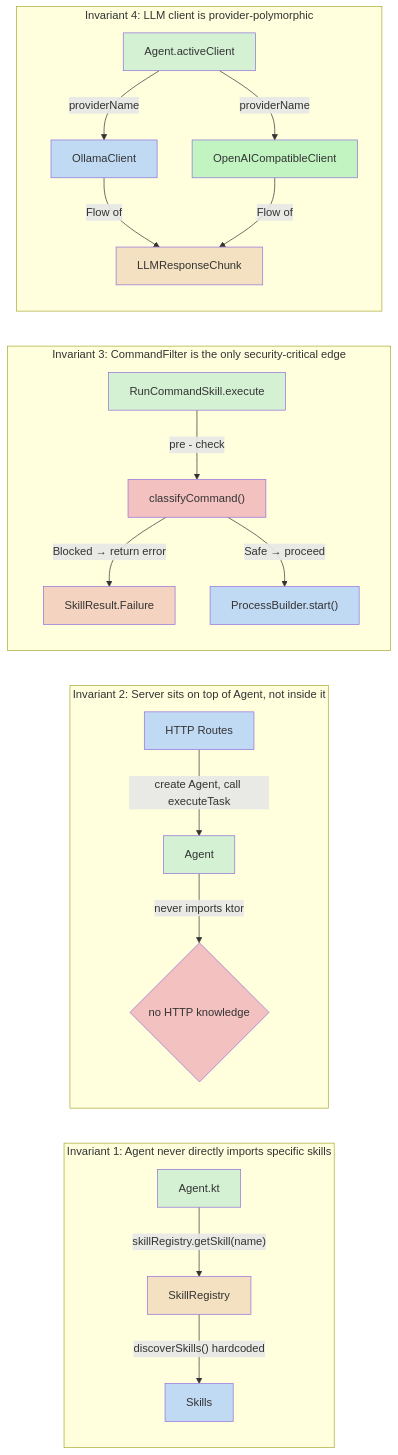
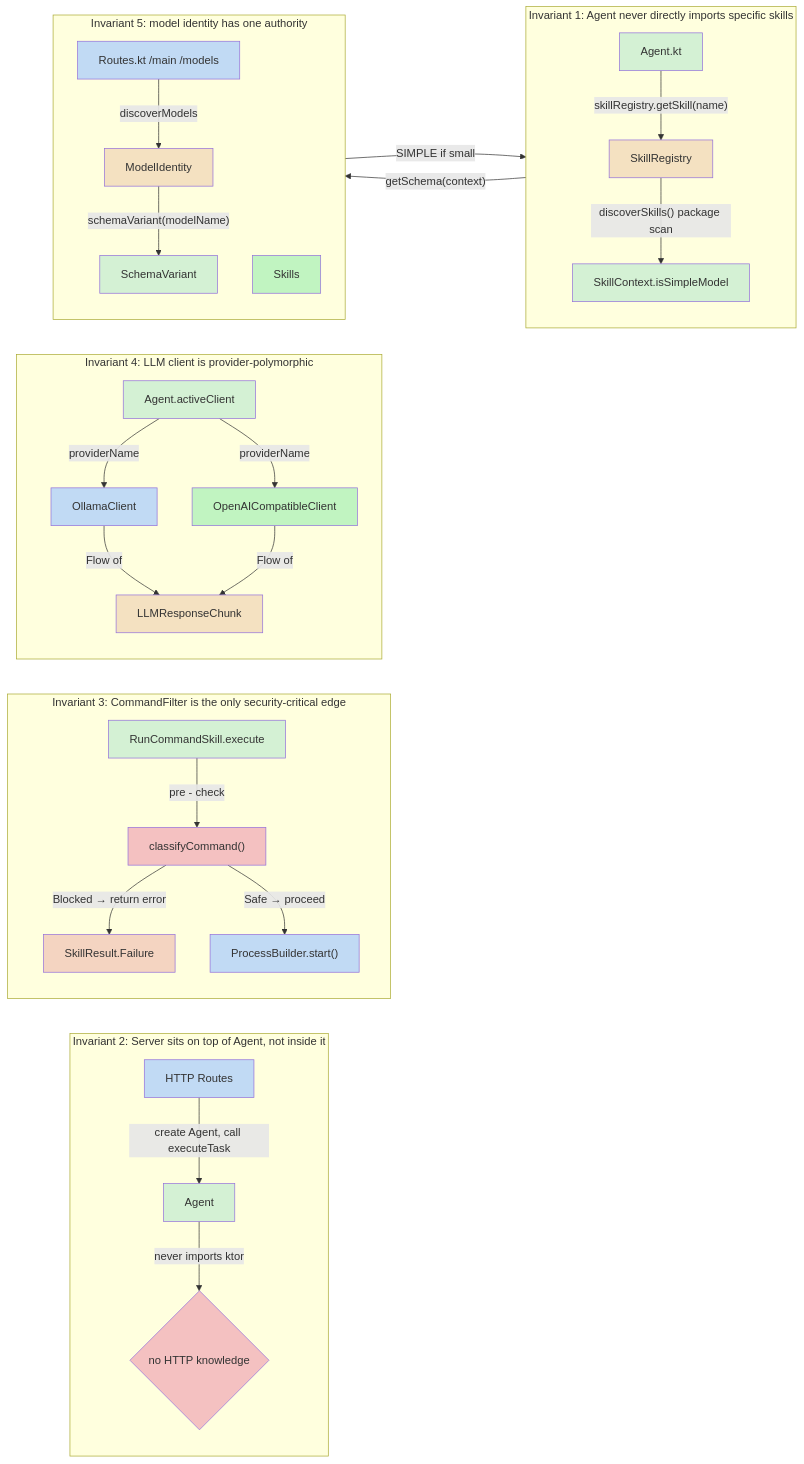
The second of 29 diagrams in docs/ARCHITECTURE.md (lg841226/Gradum), drawn with Mermaid before and after one commit. The commit also changed other lines of this file and 5 other files, not shown here.

Commit message:
docs: sync ARCHITECTURE.md with framework refactor and polish skill/plugin code

````diff
--- a/docs/ARCHITECTURE.md
+++ b/docs/ARCHITECTURE.md
@@ -160,43 +163,56 @@
 ```mermaid
 flowchart LR
     subgraph INV1["Invariant 1: Agent never directly imports specific skills"]
         direction TB
         A[Agent.kt] -->|" skillRegistry.getSkill(name) "| SR[SkillRegistry]
-        SR -->|" discoverSkills() hardcoded "| SK[Skills]
+        SR -->|" discoverSkills() package scan "| SK[Skills]
         style A fill: #d4f1d4
         style SR fill: #f4e1c1
         style SK fill: #c1daf4
     end
 
     subgraph INV2["Invariant 2: Server sits on top of Agent, not inside it"]
         direction TB
         HTTP[HTTP Routes] -->|create Agent, call executeTask| AG[Agent]
         AG -->|never imports ktor| X{no HTTP knowledge}
         style HTTP fill: #c1daf4
         style AG fill: #d4f1d4
         style X fill: #f4c1c1
     end
 
     subgraph INV3["Invariant 3: CommandFilter is the only security-critical edge"]
         direction TB
         RC["RunCommandSkill.execute"] -->|pre - check| CF["classifyCommand()"]
         CF -->|Blocked → return error| E["SkillResult.Failure"]
         CF -->|Safe → proceed| PB["ProcessBuilder.start()"]
         style RC fill: #d4f1d4
         style CF fill: #f4c1c1
         style E fill: #f4d4c1
         style PB fill: #c1daf4
     end
 
     subgraph INV4["Invariant 4: LLM client is provider-polymorphic"]
         direction TB
         AG2[Agent.activeClient] -->|providerName| OL[OllamaClient]
         AG2 -->|providerName| OA[OpenAICompatibleClient]
         OL -->|Flow of| CH[LLMResponseChunk]
         OA -->|Flow of| CH
         style AG2 fill: #d4f1d4
         style OL fill: #c1daf4
         style OA fill: #c1f4c1
         style CH fill: #f4e1c1
     end
+
+    subgraph INV5["Invariant 5: model identity has one authority"]
+        direction TB
+        R["Routes.kt /main /models"] -->|"discoverModels"| MI[ModelIdentity]
+        MI -->|"schemaVariant(modelName)"| SC[SchemaVariant]
+        SC -->|"SIMPLE if small"| SK[SkillContext.isSimpleModel]
+        SK -->|"getSchema(context)"| S[Skills]
+        style R fill: #c1daf4
+        style MI fill: #f4e1c1
+        style SC fill: #d4f1d4
+        style SK fill: #d4f1d4
+        style S fill: #c1f4c1
+    end
 ```
````
